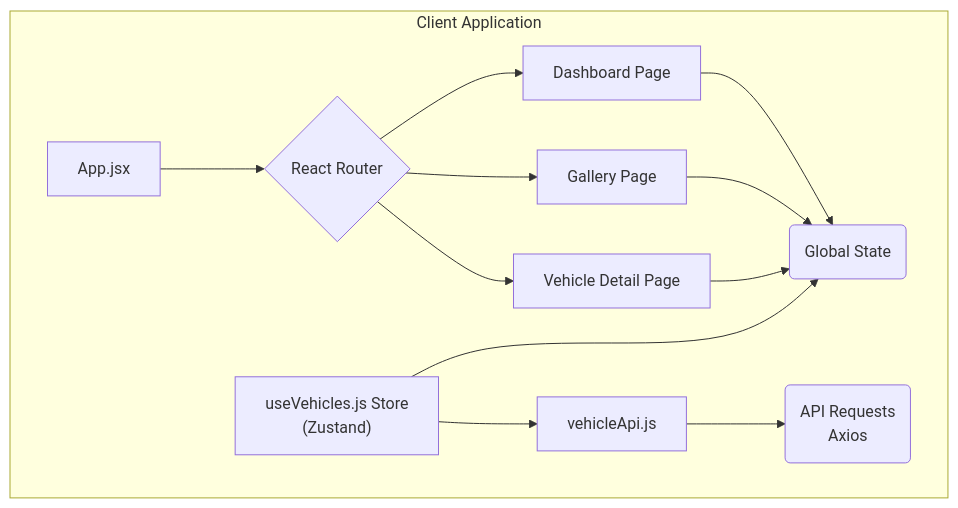
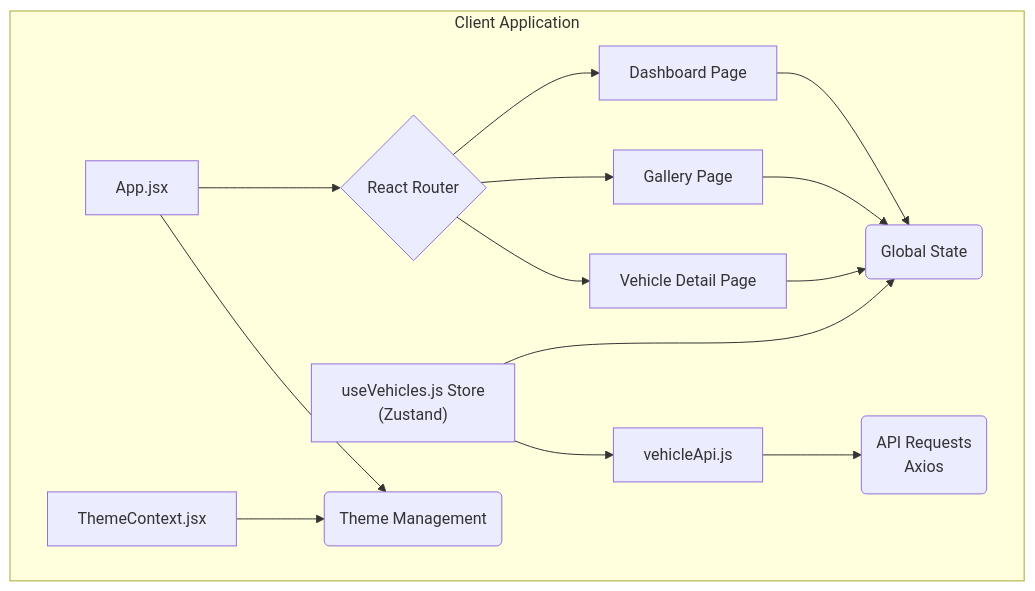
The second of 4 diagrams in README.md (alokkumar-projects/wex-automotive), drawn with Mermaid before and after one commit. The commit also changed other lines of this file and 4 other files, not shown here.

````diff
--- a/README.md
+++ b/README.md
@@ -68,15 +64,17 @@
 ```mermaid
 graph TD;
     subgraph Client Application
         A[App.jsx] --> B{React Router};
         B --> C[Dashboard Page];
         B --> D[Gallery Page];
         B --> E[Vehicle Detail Page];
         F["useVehicles.js Store <br/>(Zustand)"] --> G(Global State);
         C --> G;
         D --> G;
         E --> G;
         H[vehicleApi.js] --> I("API Requests <br/> Axios");
         F --> H;
+        J[ThemeContext.jsx] --> K(Theme Management);
+        A --> K;
     end
 ```
````
